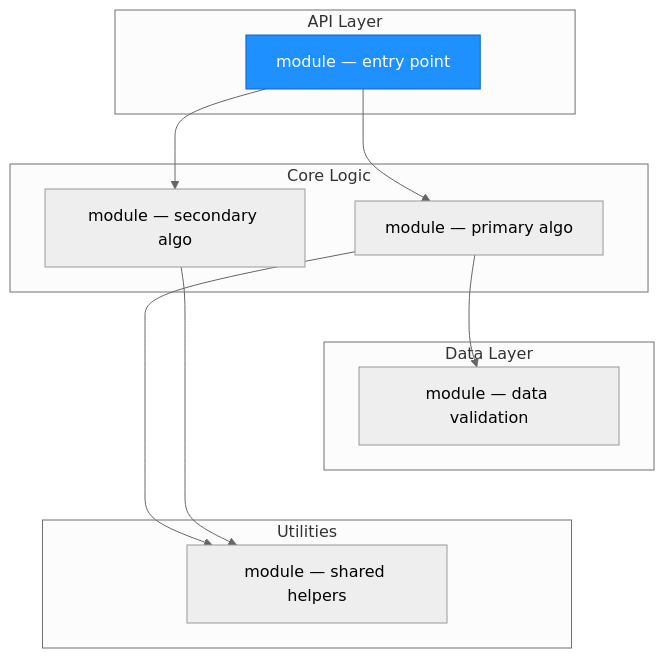
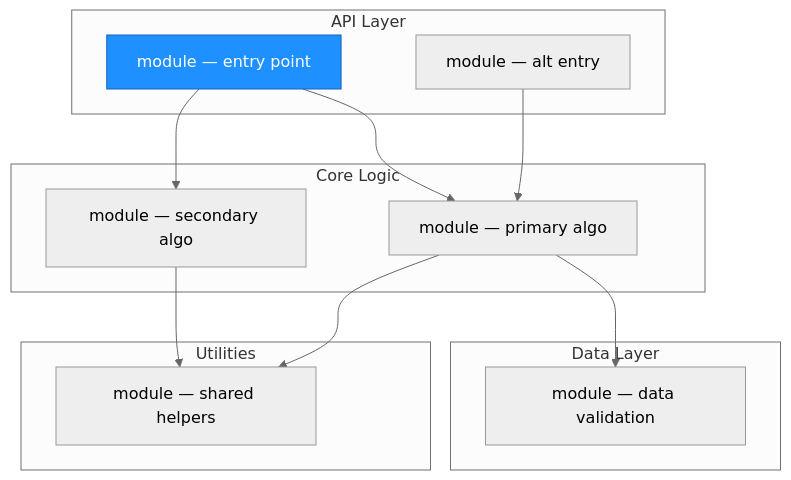
The first of 3 diagrams in templates/architecture.md (statsclaw/statsclaw), drawn with Mermaid before and after one commit. The commit also changed other lines of this file and 1 other file, not shown here.

First line of the commit message:
fix: simplify architecture diagram rules — unified modules, clean layout

````diff
--- a/templates/architecture.md
+++ b/templates/architecture.md
@@ -21,32 +13,30 @@
 ```mermaid
 %%{init: {'theme': 'neutral'}}%%
 graph TD
     subgraph API["API Layer"]
         A1["module — entry point"]
+        A2["module — alt entry"]
     end
 
     subgraph Core["Core Logic"]
         C1["module — primary algo"]
         C2["module — secondary algo"]
     end
 
     subgraph Data["Data Layer"]
         D1["module — data validation"]
     end
 
     subgraph Utils["Utilities"]
         U1["module — shared helpers"]
     end
 
-    API ~~~ Core
-    Core ~~~ Data
-    Data ~~~ Utils
-
     A1 --> C1
     A1 --> C2
+    A2 --> C1
     C1 --> D1
     C1 --> U1
     C2 --> U1
 
     style A1 fill:#1e90ff,stroke:#1565c0,color:#fff
 ```
````
